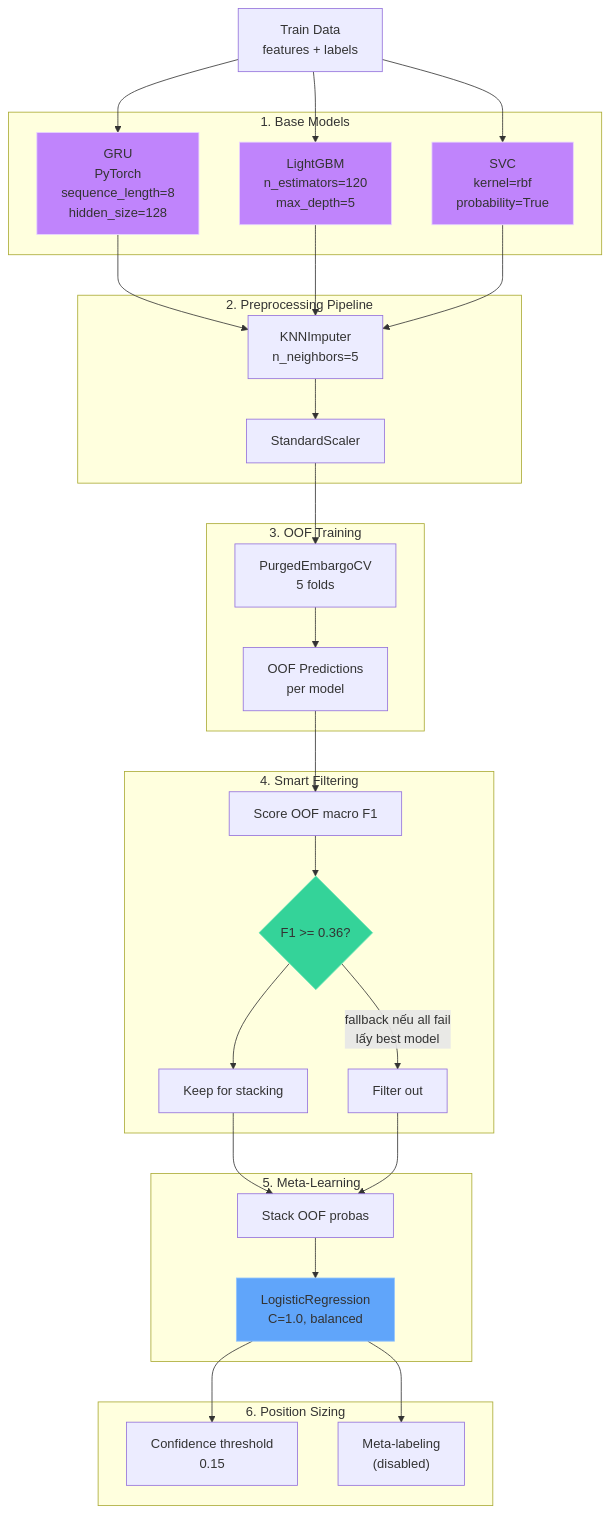
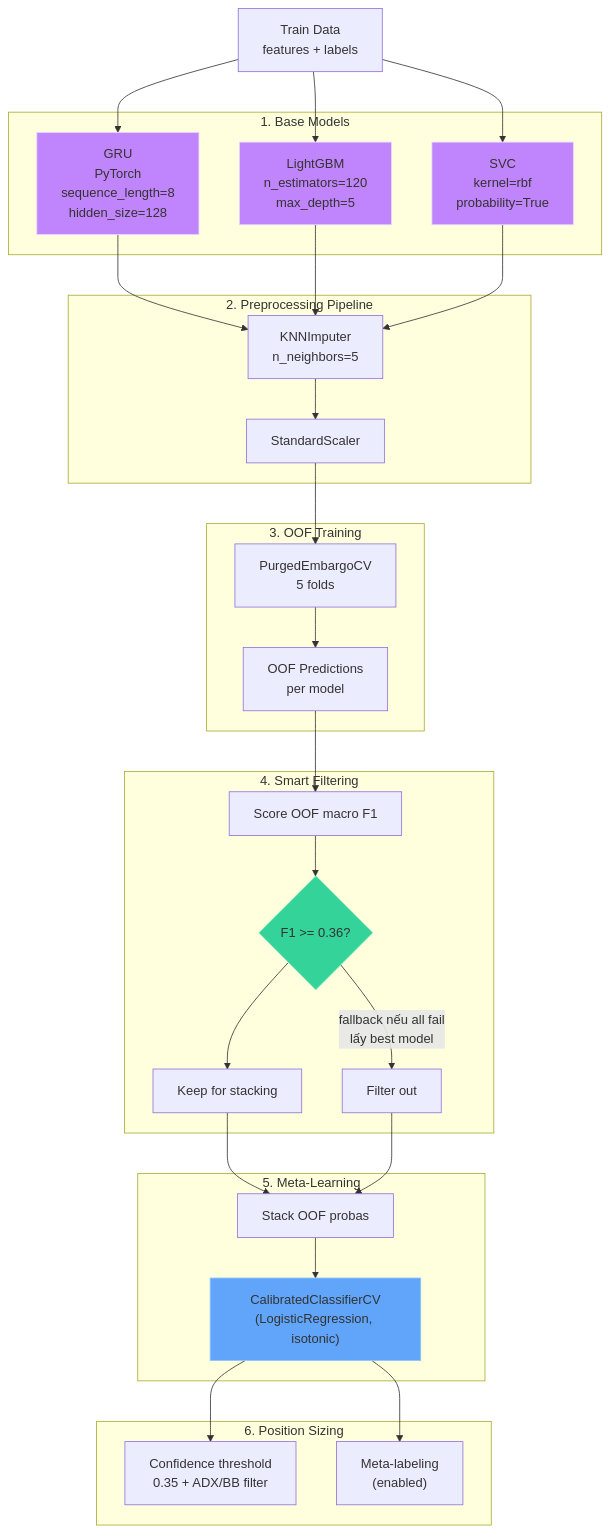
One commit to ultimateBroK/thesis-compact changed the first of 6 diagrams in docs/model-training.md. Above: the diagram before and after it, drawn with Mermaid. The commit also changed other lines of this file and 7 other files, not shown here.

````diff
--- a/docs/model-training.md
+++ b/docs/model-training.md
@@ -9,61 +9,61 @@
 ```mermaid
 flowchart TD
     subgraph "1. Base Models"
         A1["GRU<br/>PyTorch<br/>sequence_length=8<br/>hidden_size=128"]
         A2["LightGBM<br/>n_estimators=120<br/>max_depth=5"]
         A3["SVC<br/>kernel=rbf<br/>probability=True"]
     end
 
     subgraph "2. Preprocessing Pipeline"
         B1["KNNImputer<br/>n_neighbors=5"]
         B2["StandardScaler"]
     end
 
     subgraph "3. OOF Training"
         C["PurgedEmbargoCV<br/>5 folds"]
         D["OOF Predictions<br/>per model"]
     end
 
     subgraph "4. Smart Filtering"
         E["Score OOF macro F1"]
         F{"F1 >= 0.36?"}
         G["Keep for stacking"]
         H["Filter out"]
     end
 
     subgraph "5. Meta-Learning"
         I["Stack OOF probas"]
-        J["LogisticRegression<br/>C=1.0, balanced"]
+        J["CalibratedClassifierCV<br/>(LogisticRegression, isotonic)"]
     end
 
     subgraph "6. Position Sizing"
-        K["Confidence threshold<br/>0.15"]
-        L["Meta-labeling<br/>(disabled)"]
+        K["Confidence threshold<br/>0.35 + ADX/BB filter"]
+        L["Meta-labeling<br/>(enabled)"]
     end
 
     X["Train Data<br/>features + labels"] --> A1
     X --> A2
     X --> A3
 
     A1 --> B1
     A2 --> B1
     A3 --> B1
     B1 --> B2
     B2 --> C
     C --> D
     D --> E
     E --> F
     F --> G
     F -->|"fallback nếu all fail<br/>lấy best model"| H
     G --> I
     H --> I
     I --> J
     J --> K
     J --> L
 
     style A1 fill:#c084fc,stroke:#e9d5ff
     style A2 fill:#c084fc,stroke:#e9d5ff
     style A3 fill:#c084fc,stroke:#e9d5ff
     style J fill:#60a5fa,stroke:#93c5fd
     style F fill:#34d399,stroke:#6ee7b7
 ```
````
